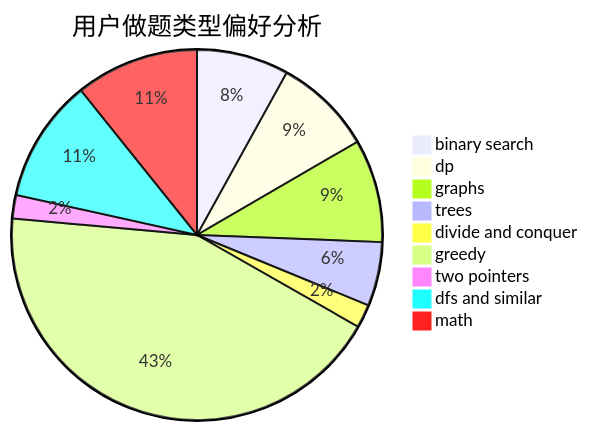
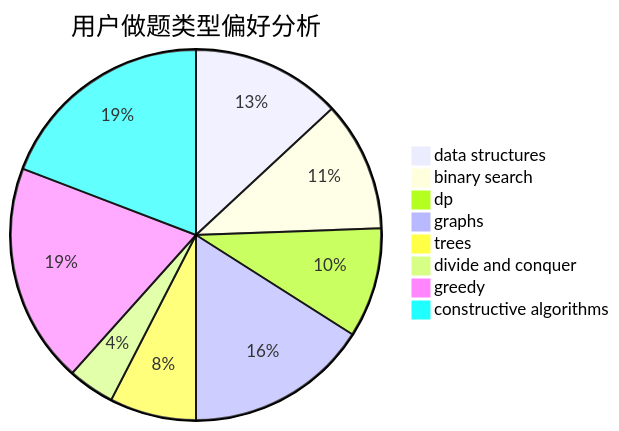
One commit to sherpahu/cfrs.github.io changed the second of 3 diagrams in docs/user/u476.md. Above: the diagram before and after it, drawn with Mermaid. The commit also changed other lines of this file and 2775 other files, not shown here.

````diff
--- a/docs/user/u476.md
+++ b/docs/user/u476.md
@@ -23,12 +23,11 @@
 ```mermaid
 pie title 用户做题类型偏好分析
-    "binary search" :  59
-    "dp" :  63
-    "graphs" :  66
-    "trees" :  41
-    "divide and conquer" :  15
-    "greedy" :  317
-    "two pointers" :  15
-    "dfs and similar" :  79
-    "math" :  79
+    "data structures" :  45
+    "binary search" :  39
+    "dp" :  33
+    "graphs" :  55
+    "trees" :  26
+    "divide and conquer" :  14
+    "greedy" :  66
+    "constructive algorithms" :  66
 ```
````
